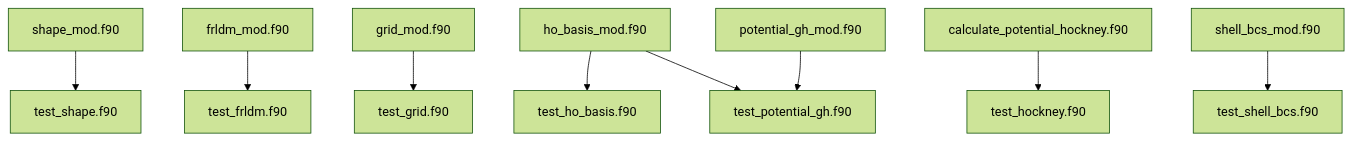
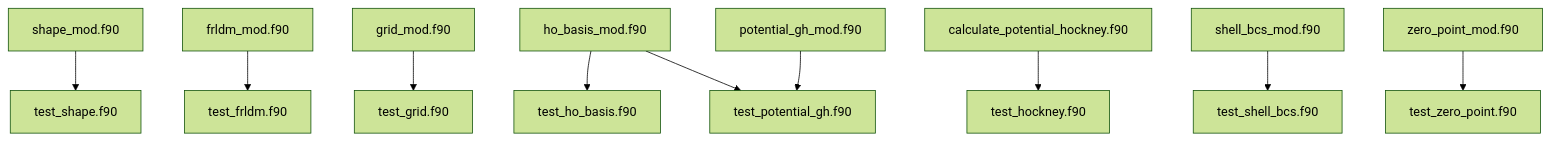
Before and after one commit to tanamarugithuber/Microscopic-Macroscopic-: the second of 2 diagrams in README.md, drawn with Mermaid (forest theme). The commit also changed other lines of this file, not shown here.

First line of the commit message:
README: explain the octupole eps3 / eps1 and the zero-point energy

````diff
--- a/README.md
+++ b/README.md
@@ -108,11 +113,12 @@
 ```mermaid
 graph TD;
     shape_mod.f90-->test_shape.f90;
     frldm_mod.f90-->test_frldm.f90;
     grid_mod.f90-->test_grid.f90;
     ho_basis_mod.f90-->test_ho_basis.f90;
     ho_basis_mod.f90-->test_potential_gh.f90;
     potential_gh_mod.f90-->test_potential_gh.f90;
     calculate_potential_hockney.f90-->test_hockney.f90;
     shell_bcs_mod.f90-->test_shell_bcs.f90;
+    zero_point_mod.f90-->test_zero_point.f90;
 ```
````
